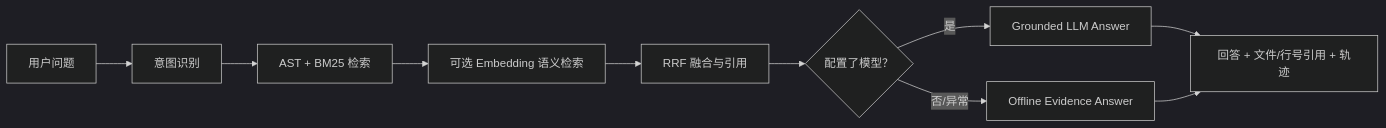
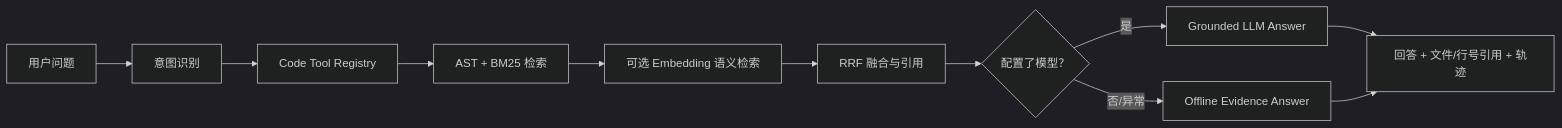
Before and after one commit to zmh2245749337/repopilot-agent: the diagram in docs/CODE_RAG.md, drawn with Mermaid (dark theme). The commit also changed other lines of this file and 21 other files, not shown here.

````diff
--- a/docs/CODE_RAG.md
+++ b/docs/CODE_RAG.md
@@ -7,12 +7,13 @@
 ```mermaid
 flowchart LR
     Q["用户问题"] --> I["意图识别"]
-    I --> R["AST + BM25 检索"]
+    I --> T["Code Tool Registry"]
+    T --> R["AST + BM25 检索"]
     R --> E["可选 Embedding 语义检索"]
     E --> F["RRF 融合与引用"]
     F --> M{"配置了模型？"}
     M -->|是| A["Grounded LLM Answer"]
     M -->|否/异常| O["Offline Evidence Answer"]
     A --> C["回答 + 文件/行号引用 + 轨迹"]
     O --> C
 ```
````
